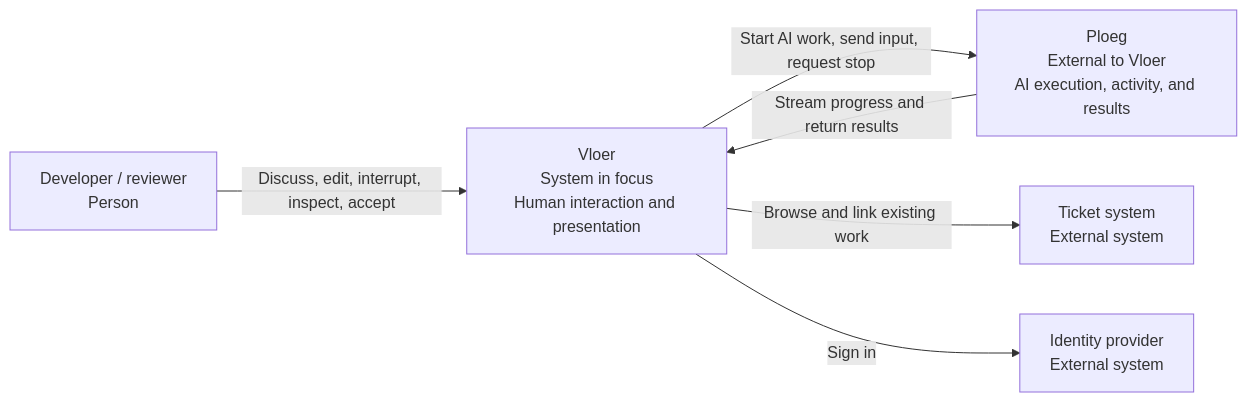
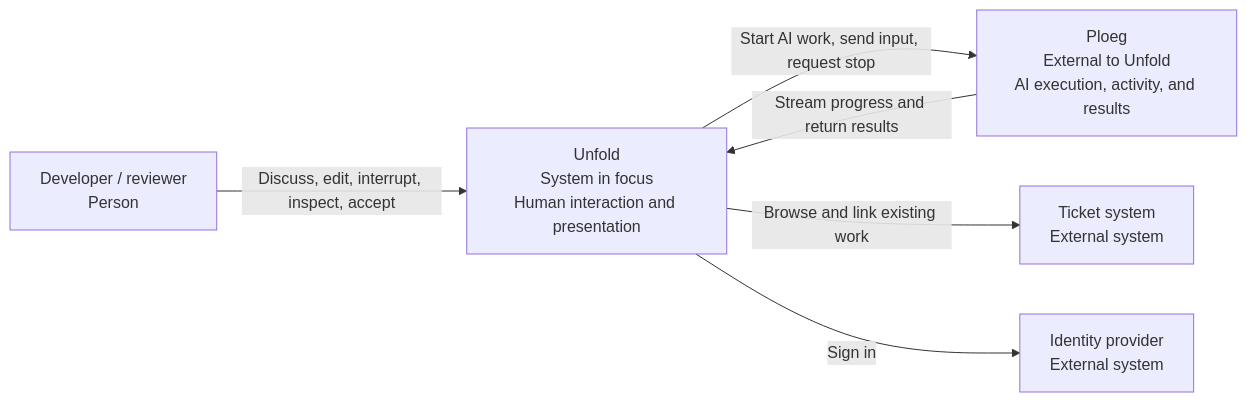
The second of 14 diagrams in docs/landscape/c4.md (webgrip/unfold), drawn with Mermaid before and after one commit. The commit also changed other lines of this file and 1136 other files, not shown here.

````diff
--- a/docs/landscape/c4.md
+++ b/docs/landscape/c4.md
@@ -41,13 +41,13 @@
 ```mermaid
 flowchart LR
     human["Developer / reviewer<br/>Person"]
-    v["Vloer<br/>System in focus<br/>Human interaction and presentation"]
-    p["Ploeg<br/>External to Vloer<br/>AI execution, activity, and results"]
+    v["Unfold<br/>System in focus<br/>Human interaction and presentation"]
+    p["Ploeg<br/>External to Unfold<br/>AI execution, activity, and results"]
     t["Ticket system<br/>External system"]
     i["Identity provider<br/>External system"]
     human -->|Discuss, edit, interrupt, inspect, accept| v
     v -->|Start AI work, send input, request stop| p
     p -->|Stream progress and return results| v
     v -->|Browse and link existing work| t
     v -->|Sign in| i
 ```
````
